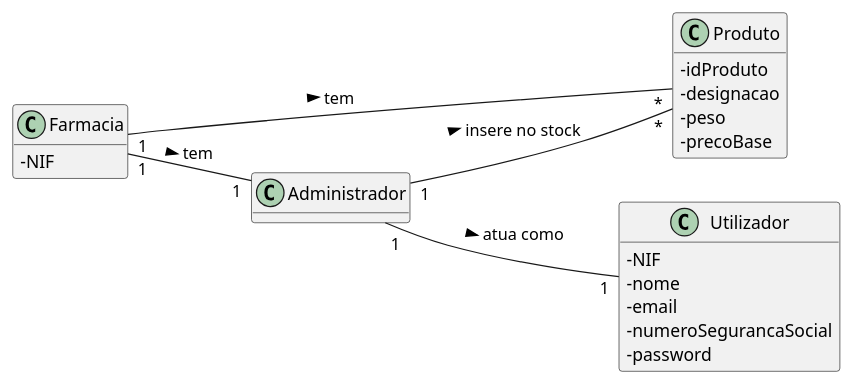
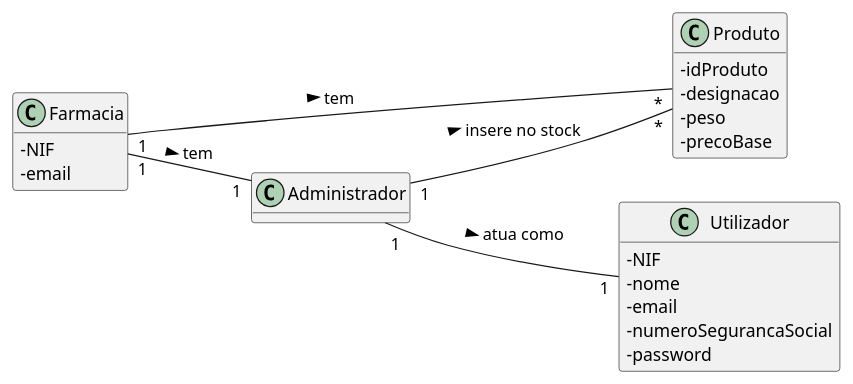
One commit to pedrolemos4/LAPR3 changed the diagram in docs/UC13/UC13_InserirItensStockMD.puml. Above: the diagram before and after it, drawn with PlantUML. The commit also changed 11 other files, not shown here.

```diff
--- a/docs/UC13/UC13_InserirItensStockMD.puml
+++ b/docs/UC13/UC13_InserirItensStockMD.puml
@@ -1,30 +1,31 @@
 @startuml
 skinparam classAttributeIconSize 0
 hide methods
 left to right direction
 
 class Produto {
   -idProduto
   -designacao
   -peso
   -precoBase
 }
 
 class Farmacia {
   -NIF
+  -email
 }
 
 class Utilizador {
   -NIF
   -nome
   -email
   -numeroSegurancaSocial
   -password
 }
 
 Administrador "1" -- "1" Utilizador: atua como >
 Administrador "1" -- "*" Produto: insere no stock >
 Farmacia "1" -- "*" Produto: tem >
 Farmacia "1" -- "1" Administrador: tem >
 
 @enduml
```
